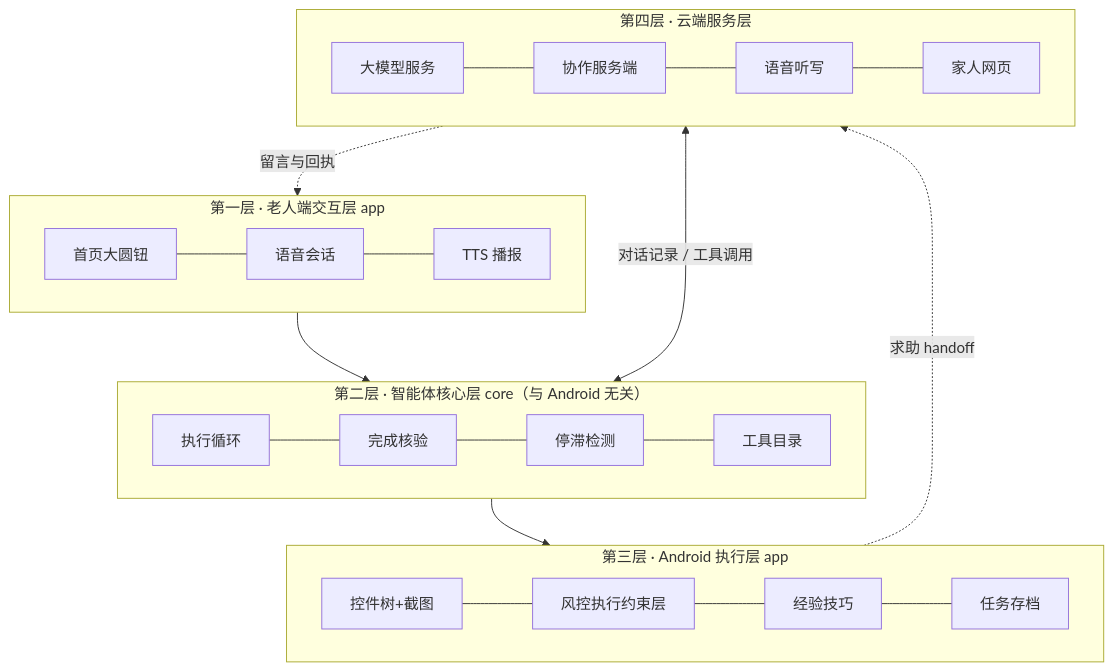
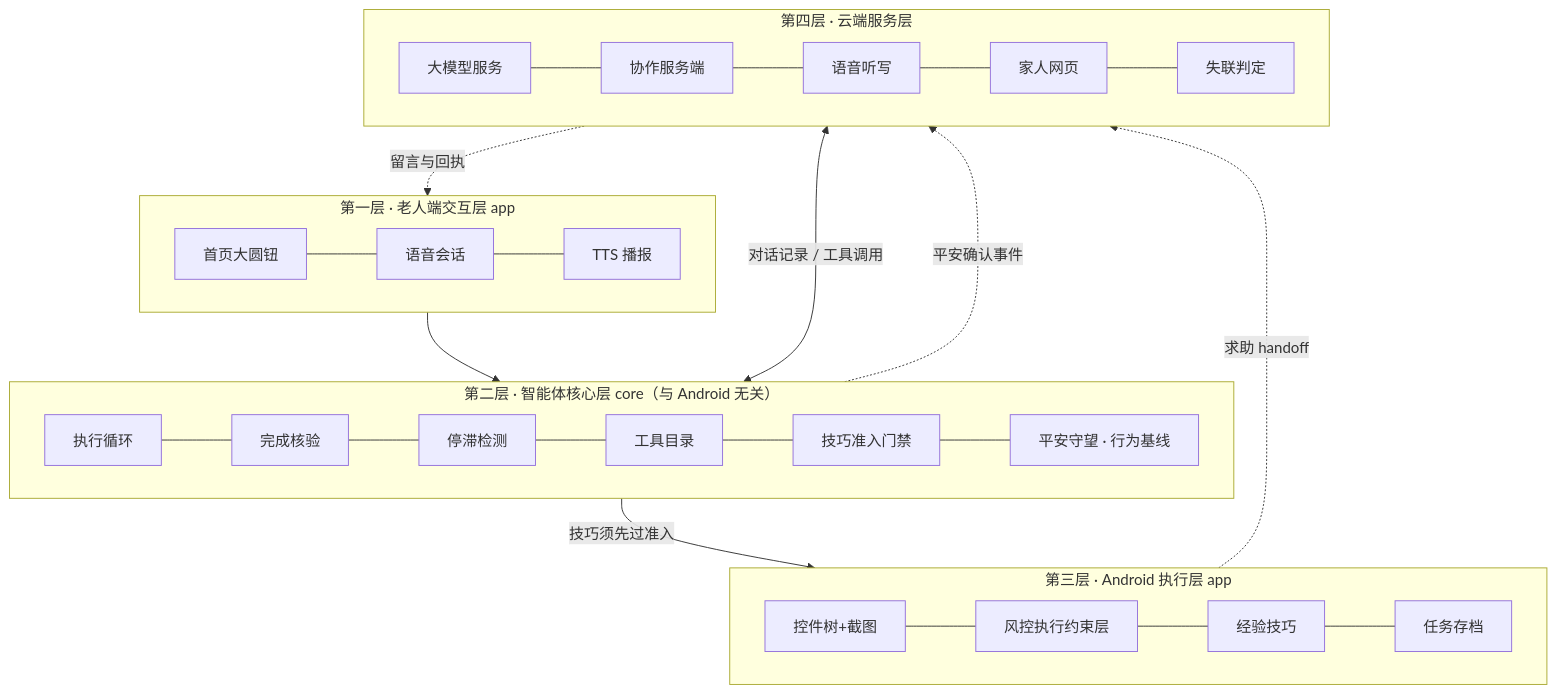
One commit to lhxll07/elder-harness changed the second of 13 diagrams in docs/aic-2026/作品方案-定稿.md. Above: the diagram before and after it, drawn with Mermaid. The commit also changed other lines of this file and 11 other files, not shown here.

````diff
--- a/docs/aic-2026/作品方案-定稿.md
+++ b/docs/aic-2026/作品方案-定稿.md
@@ -246,24 +232,25 @@
 ```mermaid
 flowchart TB
   subgraph L1[第一层 · 老人端交互层 app]
     direction LR
     UI[首页大圆钮] --- Voice[语音会话] --- TTS[TTS 播报]
   end
   subgraph L2[第二层 · 智能体核心层 core（与 Android 无关）]
     direction LR
-    Loop[执行循环] --- Check[完成核验] --- Stall[停滞检测] --- Catalog[工具目录]
+    Loop[执行循环] --- Check[完成核验] --- Stall[停滞检测] --- Catalog[工具目录] --- Gate[技巧准入门禁] --- Peace[平安守望 · 行为基线]
   end
   subgraph L3[第三层 · Android 执行层 app]
     direction LR
     Access[控件树+截图] --- Guard[风控执行约束层] --- Skills[经验技巧] --- Store[任务存档]
   end
   subgraph L4[第四层 · 云端服务层]
     direction LR
-    LLM[大模型服务] --- Server[协作服务端] --- ASR[语音听写] --- Web[家人网页]
+    LLM[大模型服务] --- Server[协作服务端] --- ASR[语音听写] --- Web[家人网页] --- Silence[失联判定]
   end
   L1 --> L2
   L2 <-->|对话记录 / 工具调用| L4
-  L2 --> L3
+  L2 -->|技巧须先过准入| L3
   L3 -.->|求助 handoff| L4
+  L2 -.->|平安确认事件| L4
   L4 -.->|留言与回执| L1
 ```
````
